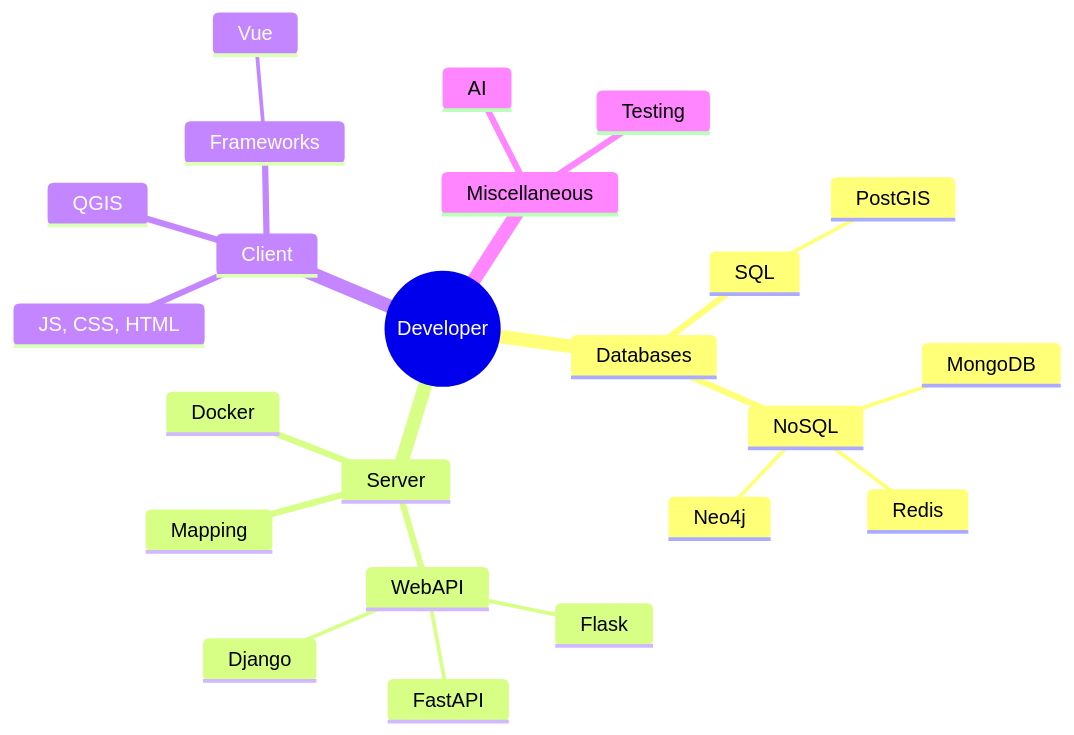
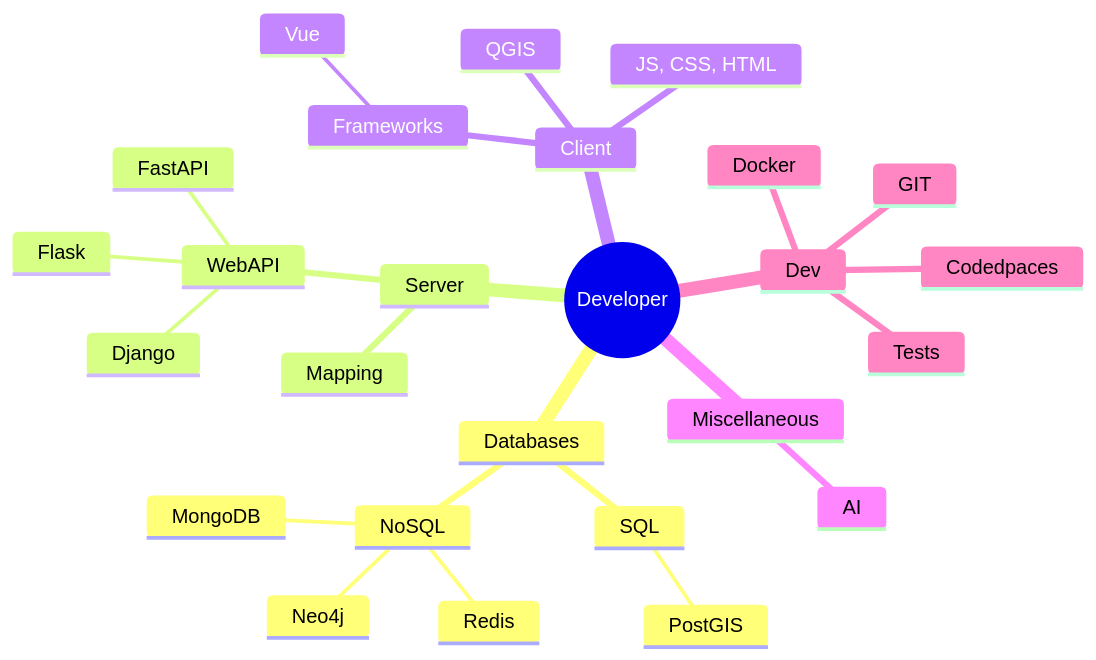
Before and after one commit to voirinprof/voirinprof.github.io: the diagram in _pages/en/index.md, drawn with Mermaid. The commit also changed other lines of this file and 9 other files, not shown here.

```diff
--- a/_pages/en/index.md
+++ b/_pages/en/index.md
@@ -45,41 +45,47 @@
 <pre class="mermaid">
       mindmap
   root((Developer))
     :::firstblock
     Databases
     :::secondblock
       SQL
       :::thirdblock
         PostGIS
       NoSQL
       :::thirdblock
         Redis
         MongoDB
         Neo4j
     Server
-    :::secondblock
-      Docker
-      :::thirdblock
+    :::secondblock      
       WebAPI
       :::thirdblock
         Flask
         FastAPI
         Django
       Mapping
       :::thirdblock
     Client
     :::secondblock
       QGIS
       :::thirdblock
       JS, CSS, HTML
       :::thirdblock
       Frameworks
       :::thirdblock
         Vue
     Miscellaneous
     :::secondblock
       AI
       :::thirdblock      
-      Testing
+    Dev
+    :::secondblock
+      Docker
+      :::thirdblock      
+      Codedpaces
+      :::thirdblock      
+      GIT
+      :::thirdblock      
+      Tests
       :::thirdblock
 </pre>
```
